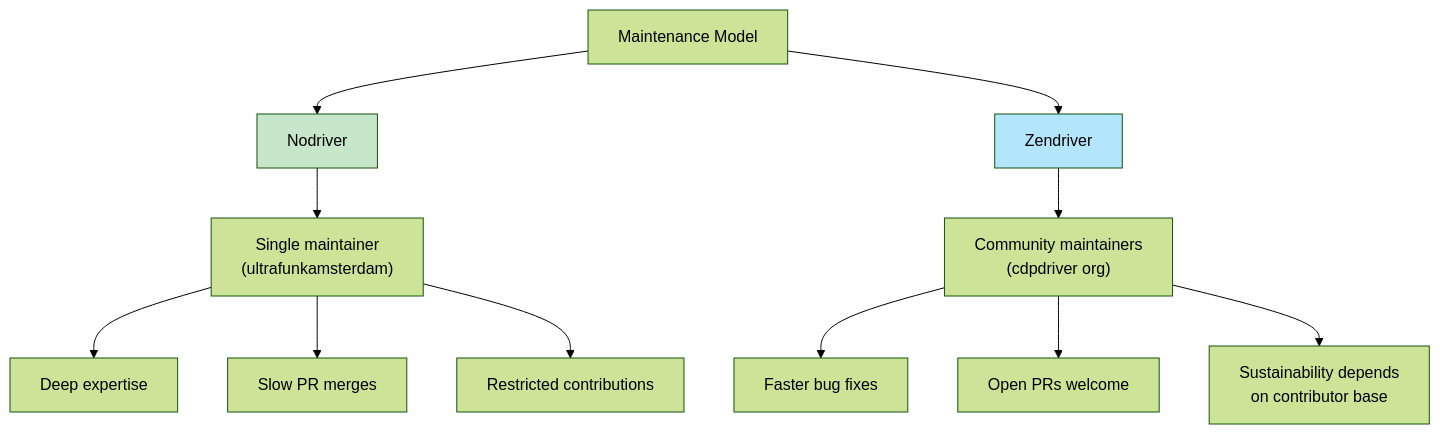
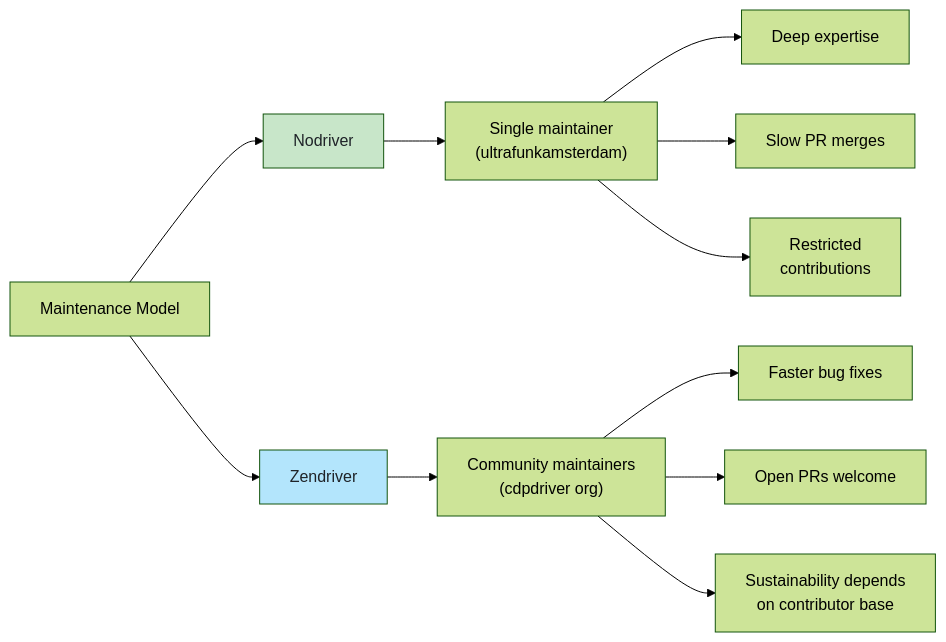
Before and after one commit to bytetunnels/bytetunnels.github.com: the fourth of 4 diagrams in _posts/2026-02-14-nodriver-vs-zendriver-picking-right-undetected-chrome-wrapper.md, drawn with Mermaid (forest theme). The commit also changed other lines of this file and 118 other files, not shown here.

Commit message:
feat: improve diagram styling and compact wide flowcharts

````diff
--- a/_posts/2026-02-14-nodriver-vs-zendriver-picking-right-undetected-chrome-wrapper.md
+++ b/_posts/2026-02-14-nodriver-vs-zendriver-picking-right-undetected-chrome-wrapper.md
@@ -308,18 +308,18 @@
 ```mermaid
-graph TD
+graph LR
     A["Maintenance Model"] --> B["Nodriver"]
     A --> C["Zendriver"]
 
-    B --> D["Single maintainer<br>(ultrafunkamsterdam)"]
+    B --> D["Single maintainer<br/>(ultrafunkamsterdam)"]
     D --> E["Deep expertise"]
     D --> F["Slow PR merges"]
-    D --> G["Restricted contributions"]
+    D --> G["Restricted<br/>contributions"]
 
-    C --> H["Community maintainers<br>(cdpdriver org)"]
+    C --> H["Community maintainers<br/>(cdpdriver org)"]
     H --> I["Faster bug fixes"]
     H --> J["Open PRs welcome"]
-    H --> K["Sustainability depends<br>on contributor base"]
+    H --> K["Sustainability depends<br/>on contributor base"]
 
-    style B fill:#c8e6c9
-    style C fill:#b3e5fc
+    style B fill:#c8e6c9,color:#1f2328
+    style C fill:#b3e5fc,color:#1f2328
 ```
````
